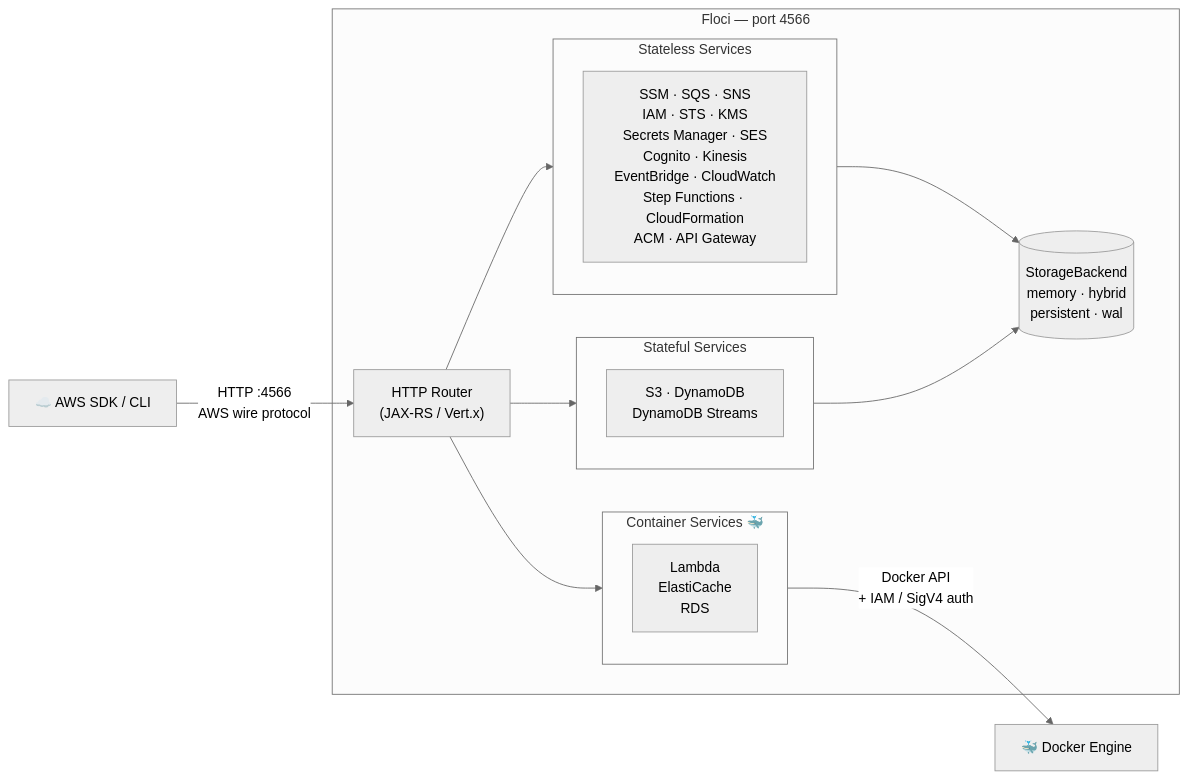
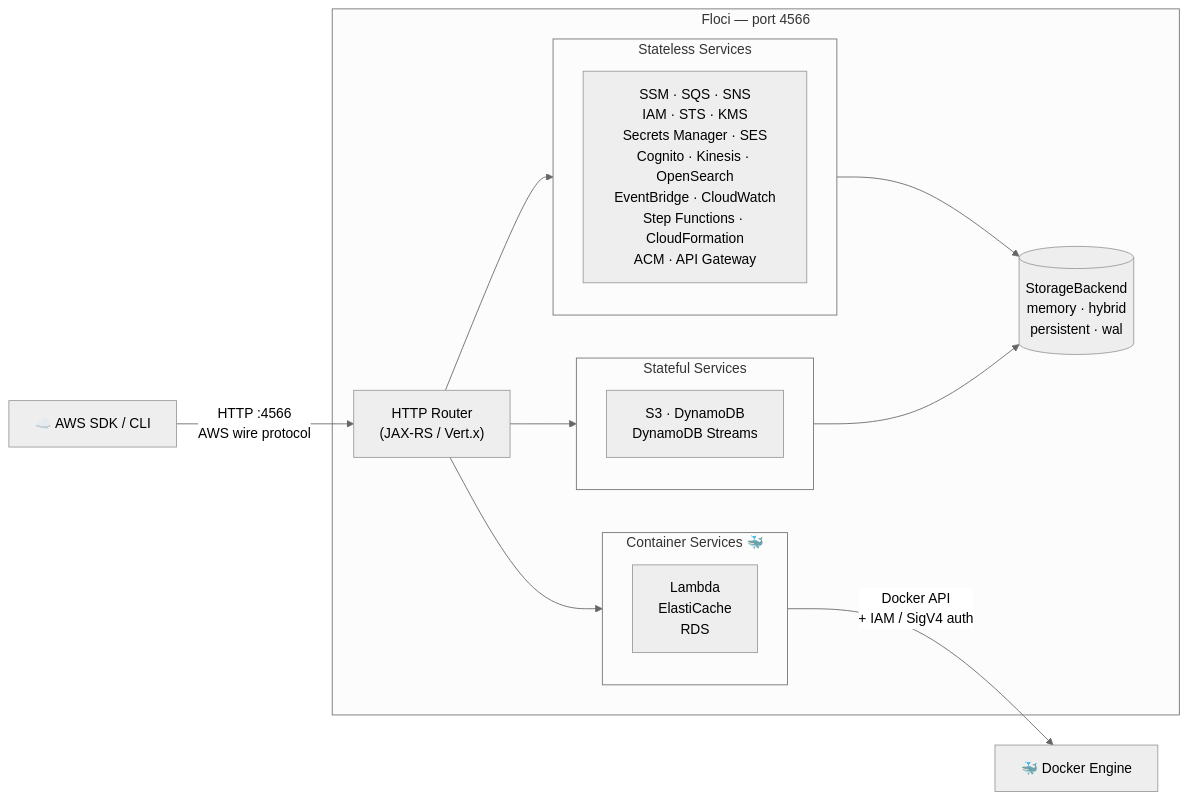
The diagram in README.md (ryan00x/aws-terraform-ci-validation), drawn with Mermaid (neutral theme) before and after one commit. The commit also changed other lines of this file and 16 other files, not shown here.

````diff
--- a/README.md
+++ b/README.md
@@ -59,29 +59,29 @@
 ```mermaid
 flowchart LR
     Client["☁️ AWS SDK / CLI"]
 
     subgraph Floci ["Floci — port 4566"]
         Router["HTTP Router\n(JAX-RS / Vert.x)"]
 
         subgraph Stateless ["Stateless Services"]
-            A["SSM · SQS · SNS\nIAM · STS · KMS\nSecrets Manager · SES\nCognito · Kinesis\nEventBridge · CloudWatch\nStep Functions · CloudFormation\nACM · API Gateway"]
+            A["SSM · SQS · SNS\nIAM · STS · KMS\nSecrets Manager · SES\nCognito · Kinesis · OpenSearch\nEventBridge · CloudWatch\nStep Functions · CloudFormation\nACM · API Gateway"]
         end
 
         subgraph Stateful ["Stateful Services"]
             B["S3 · DynamoDB\nDynamoDB Streams"]
         end
 
         subgraph Containers ["Container Services  🐳"]
             C["Lambda\nElastiCache\nRDS"]
         end
 
         Router --> Stateless
         Router --> Stateful
         Router --> Containers
         Stateless & Stateful --> Store[("StorageBackend\nmemory · hybrid\npersistent · wal")]
     end
 
     Docker["🐳 Docker Engine"]
     Client -->|"HTTP :4566\nAWS wire protocol"| Router
     Containers -->|"Docker API\n+ IAM / SigV4 auth"| Docker
 ```
````
